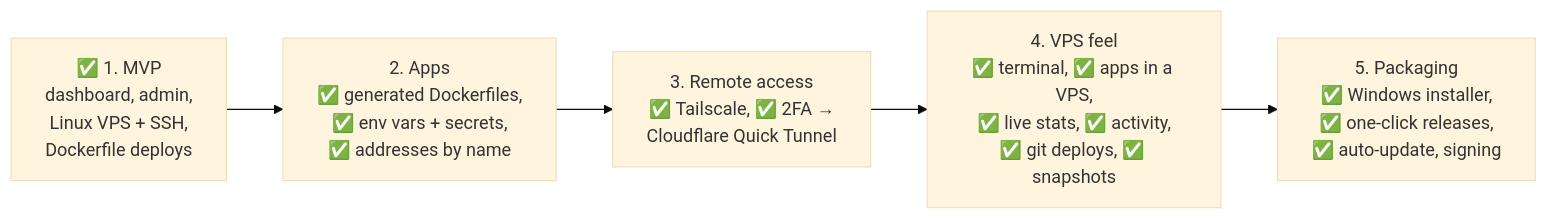
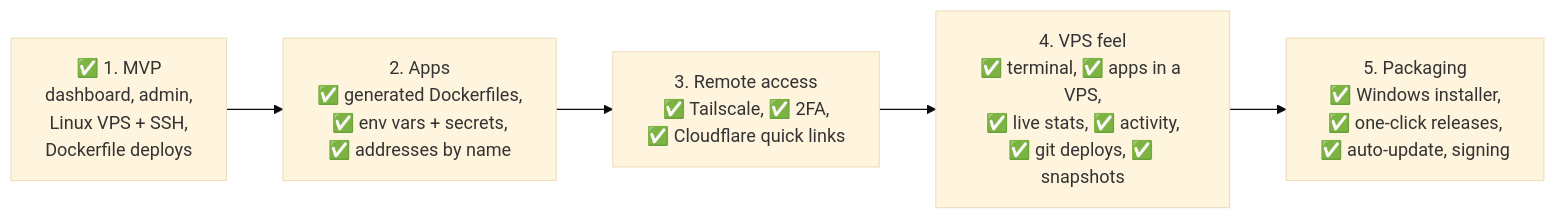
Before and after one commit to AbrarDW/lps: diagram 11 of 11 in README.md, drawn with Mermaid (base theme). The commit also changed other lines of this file and 14 other files, not shown here.

First line of the commit message:
Add Cloudflare quick links: public trycloudflare.com addresses for apps

````diff
--- a/README.md
+++ b/README.md
@@ -472,9 +481,9 @@
 ```mermaid
 flowchart LR
     m1["✅ 1. MVP<br/>dashboard, admin,<br/>Linux VPS + SSH,<br/>Dockerfile deploys"]
     m2["2. Apps<br/>✅ generated Dockerfiles,<br/>✅ env vars + secrets,<br/>✅ addresses by name"]
-    m3["3. Remote access<br/>✅ Tailscale, ✅ 2FA →<br/>Cloudflare Quick Tunnel"]
+    m3["3. Remote access<br/>✅ Tailscale, ✅ 2FA,<br/>✅ Cloudflare quick links"]
     m4["4. VPS feel<br/>✅ terminal, ✅ apps in a VPS,<br/>✅ live stats, ✅ activity,<br/>✅ git deploys, ✅ snapshots"]
     m5["5. Packaging<br/>✅ Windows installer,<br/>✅ one-click releases,<br/>✅ auto-update, signing"]
     m1 --> m2 --> m3 --> m4 --> m5
 ```
````
